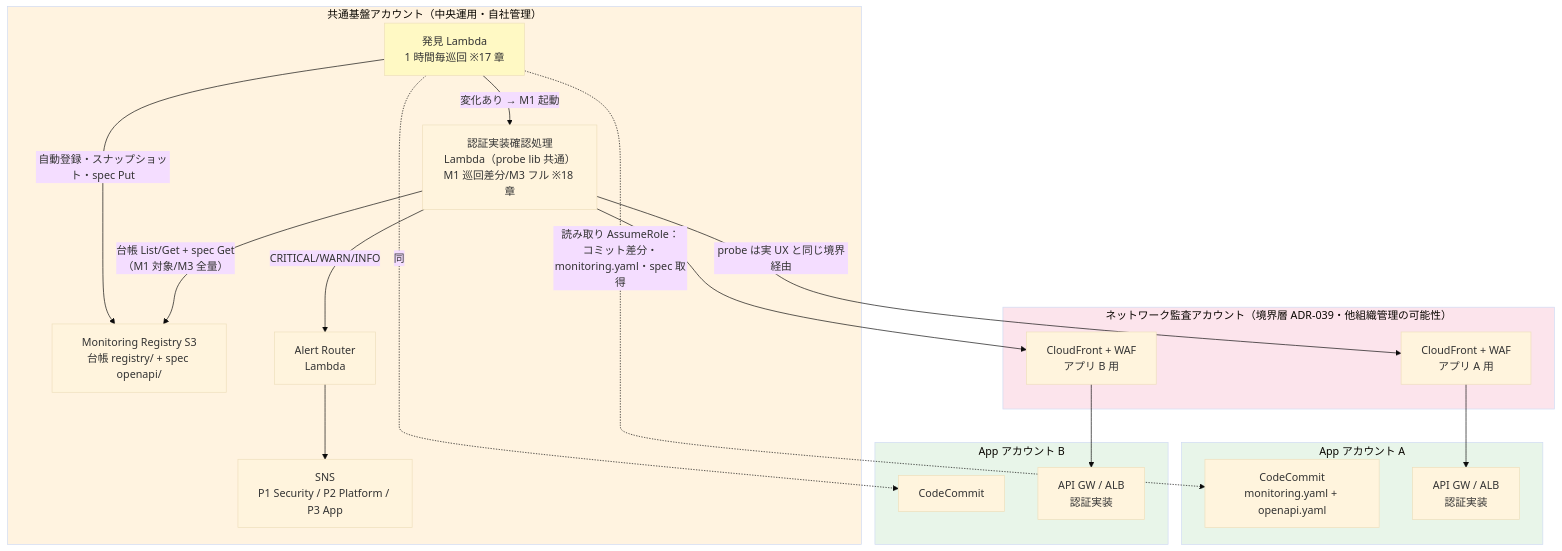
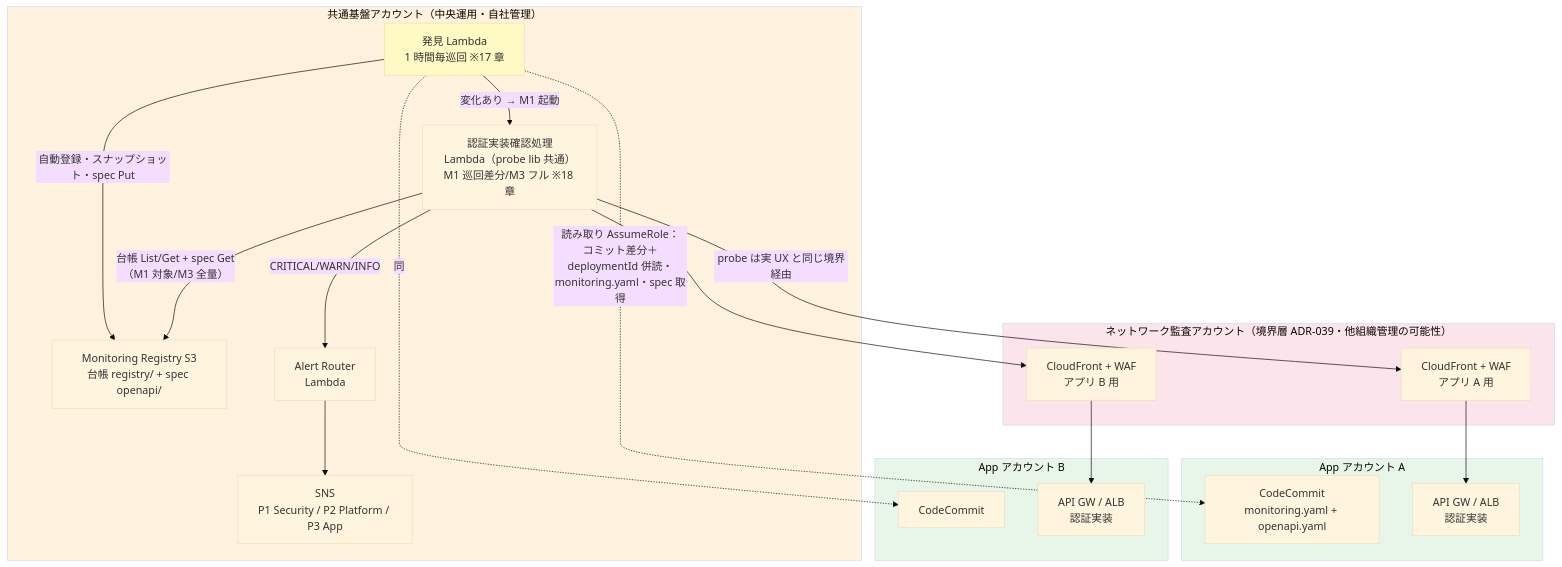
Before and after one commit to suepie/aws-atuh-poc: the first of 7 diagrams in doc/api-platform/basic-design/10-external-monitoring-overview.md, drawn with Mermaid (base theme). The commit also changed other lines of this file and 8 other files, not shown here.

````diff
--- a/doc/api-platform/basic-design/10-external-monitoring-overview.md
+++ b/doc/api-platform/basic-design/10-external-monitoring-overview.md
@@ -52,44 +52,44 @@
 ```mermaid
 flowchart TB
     subgraph Central["共通基盤アカウント（中央運用・自社管理）"]
         DISC[発見 Lambda<br/>1 時間毎巡回 ※17 章]
         Reg[Monitoring Registry S3<br/>台帳 registry/ + spec openapi/]
         CC[認証実装確認処理<br/>Lambda（probe lib 共通）<br/>M1 巡回差分/M3 フル ※18 章]
         AR[Alert Router<br/>Lambda]
         SNS[SNS<br/>P1 Security / P2 Platform / P3 App]
     end
 
     subgraph Edge["ネットワーク監査アカウント（境界層 ADR-039・他組織管理の可能性）"]
         CFA[CloudFront + WAF<br/>アプリ A 用]
         CFB[CloudFront + WAF<br/>アプリ B 用]
     end
 
     subgraph AppA["App アカウント A"]
         REPOA[CodeCommit<br/>monitoring.yaml + openapi.yaml]
         APIA[API GW / ALB<br/>認証実装]
     end
 
     subgraph AppB["App アカウント B"]
         REPOB[CodeCommit]
         APIB[API GW / ALB<br/>認証実装]
     end
 
-    DISC -.->|"読み取り AssumeRole：<br/>コミット差分・monitoring.yaml・spec 取得"| REPOA
+    DISC -.->|"読み取り AssumeRole：<br/>コミット差分＋deploymentId 併読・<br/>monitoring.yaml・spec 取得"| REPOA
     DISC -.->|"同"| REPOB
     DISC -->|自動登録・スナップショット・spec Put| Reg
     DISC -->|変化あり → M1 起動| CC
 
     CC -->|台帳 List/Get + spec Get<br/>（M1 対象/M3 全量）| Reg
     CC -->|probe は実 UX と同じ境界経由| CFA
     CFA --> APIA
     CC --> CFB
     CFB --> APIB
     CC -->|CRITICAL/WARN/INFO| AR
     AR --> SNS
 
     style Central fill:#fff3e0
     style Edge fill:#fce4ec
     style AppA fill:#e8f5e9
     style AppB fill:#e8f5e9
     style DISC fill:#fff9c4
 ```
````
